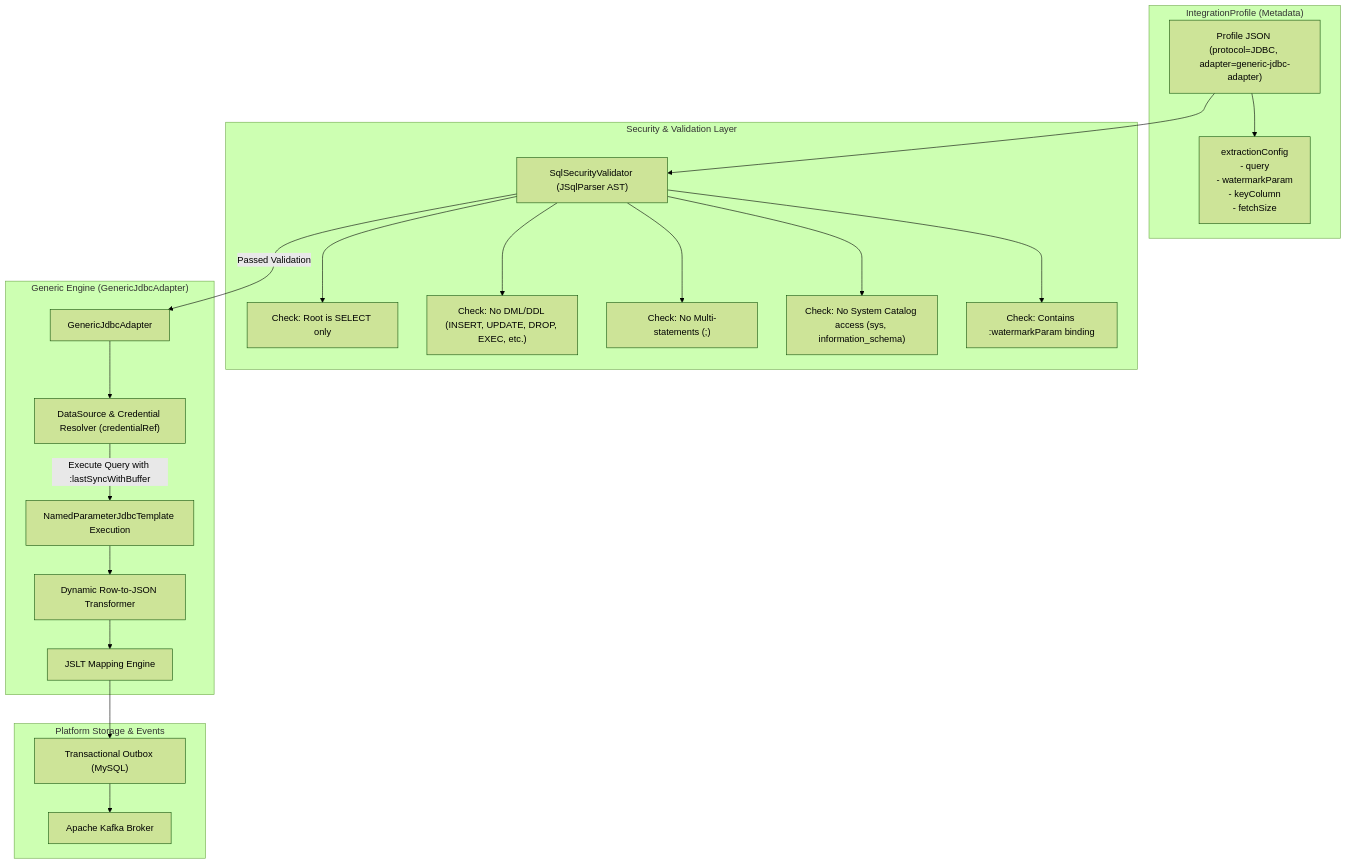
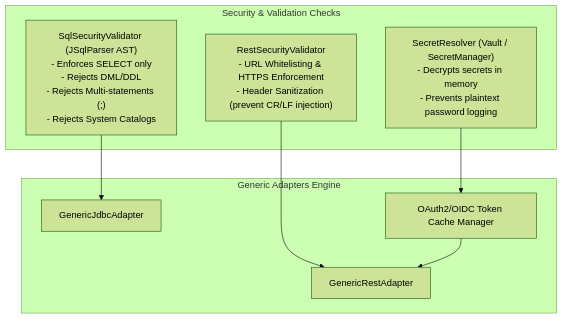
Before and after one commit to ianache/systemintegrator: the diagram in docs/superpowers/specs/2026-08-17-generic-jdbc-adapter-design.md, drawn with Mermaid (forest theme). The commit also changed other lines of this file, not shown here.

Commit message:
docs: expand generic adapter design to support rest apis and oidc auth

````diff
--- a/docs/superpowers/specs/2026-08-17-generic-jdbc-adapter-design.md
+++ b/docs/superpowers/specs/2026-08-17-generic-jdbc-adapter-design.md
@@ -19,37 +90,18 @@
 ```mermaid
 flowchart TD
-    subgraph ProfileConfig["IntegrationProfile (Metadata)"]
-        IP["Profile JSON (protocol=JDBC, adapter=generic-jdbc-adapter)"]
-        ExtractConfig["extractionConfig\n- query\n- watermarkParam\n- keyColumn\n- fetchSize"]
+    subgraph SecurityChecks["Security & Validation Checks"]
+        JDBCVal["SqlSecurityValidator (JSqlParser AST)\n- Enforces SELECT only\n- Rejects DML/DDL\n- Rejects Multi-statements (;)\n- Rejects System Catalogs"]
+        RESTVal["RestSecurityValidator\n- URL Whitelisting & HTTPS Enforcement\n- Header Sanitization (prevent CR/LF injection)"]
+        AuthVal["SecretResolver (Vault / SecretManager)\n- Decrypts secrets in memory\n- Prevents plaintext password logging"]
     end
 
-    subgraph SecurityModule["Security & Validation Layer"]
-        Val["SqlSecurityValidator (JSqlParser AST)"]
-        Rule1["Check: Root is SELECT only"]
-        Rule2["Check: No DML/DDL (INSERT, UPDATE, DROP, EXEC, etc.)"]
-        Rule3["Check: No Multi-statements (;)"]
-        Rule4["Check: No System Catalog access (sys, information_schema)"]
-        Rule5["Check: Contains :watermarkParam binding"]
+    subgraph Adapters["Generic Adapters Engine"]
+        JDBCAdapter["GenericJdbcAdapter"]
+        RESTAdapter["GenericRestAdapter"]
+        TokenCache["OAuth2/OIDC Token Cache Manager"]
     end
 
-    subgraph CoreEngine["Generic Engine (GenericJdbcAdapter)"]
-        Adapter["GenericJdbcAdapter"]
-        ConnResolver["DataSource & Credential Resolver (credentialRef)"]
-        ExecEngine["NamedParameterJdbcTemplate Execution"]
-        RowToJson["Dynamic Row-to-JSON Transformer"]
-        JSLT["JSLT Mapping Engine"]
-    end
-
-    subgraph PlatformStorage["Platform Storage & Events"]
-        Outbox["Transactional Outbox (MySQL)"]
-        Kafka["Apache Kafka Broker"]
-    end
-
-    IP --> ExtractConfig
-    IP --> Val
-    Val --> Rule1 & Rule2 & Rule3 & Rule4 & Rule5
-    Val -->|"Passed Validation"| Adapter
-    Adapter --> ConnResolver
-    ConnResolver -->|"Execute Query with :lastSyncWithBuffer"| ExecEngine
-    ExecEngine --> RowToJson --> JSLT --> Outbox --> Kafka
+    JDBCVal --> JDBCAdapter
+    RESTVal --> RESTAdapter
+    AuthVal --> TokenCache --> RESTAdapter
 ```
````
